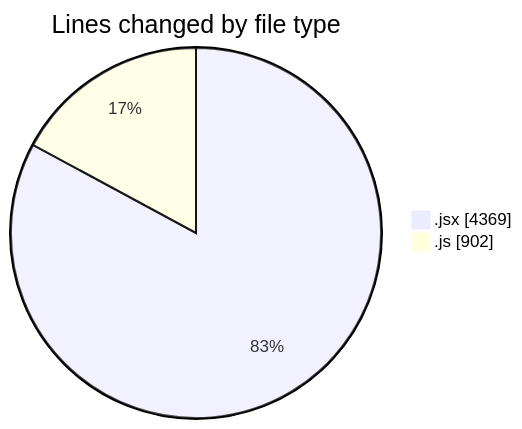
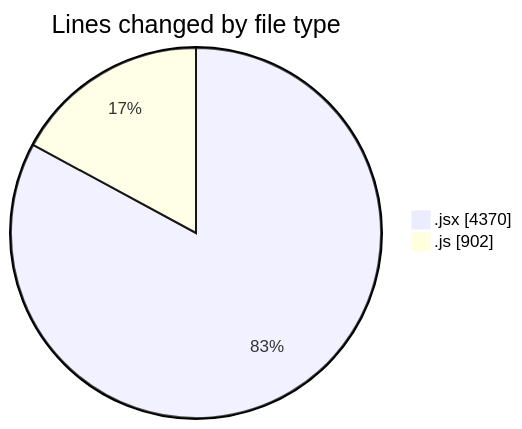
The first of 2 diagrams in 2025-09-22/nxtqube_webapp/README.md (nxtqubesakshisongat/code-tracking), drawn with Mermaid before and after one commit. The commit also changed other lines of this file and 1 other file, not shown here.

````diff
--- a/2025-09-22/nxtqube_webapp/README.md
+++ b/2025-09-22/nxtqube_webapp/README.md
@@ -25,6 +25,6 @@
 ```mermaid
 pie showData
 title Lines changed by file type
-".jsx" : 4369
+".jsx" : 4370
 ".js" : 902
 ```
````
